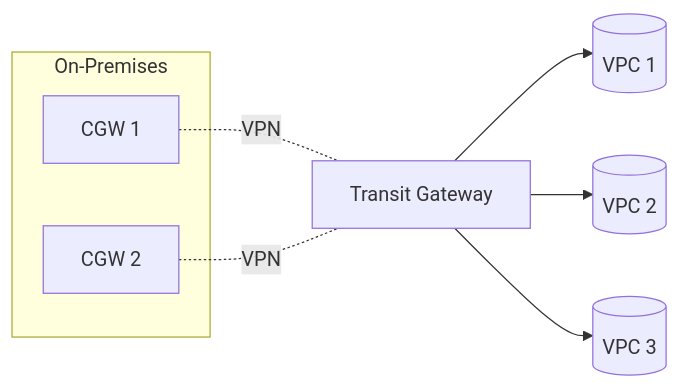
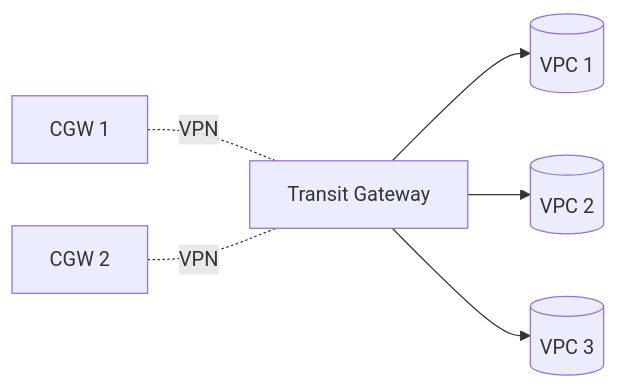
Before and after one commit to vijayclarion/architecturestudy: the sixth of 6 diagrams in AWS-SAP-C02-Study-Notes/02-Networking/05-site-to-site-vpn.md, drawn with Mermaid. The commit also changed other lines of this file and 119 other files, not shown here.

````diff
--- a/AWS-SAP-C02-Study-Notes/02-Networking/05-site-to-site-vpn.md
+++ b/AWS-SAP-C02-Study-Notes/02-Networking/05-site-to-site-vpn.md
@@ -134,14 +255,8 @@
 ```mermaid
 flowchart LR
-    subgraph ONPREM[On-Premises]
-        CGW1[CGW 1]
-        CGW2[CGW 2]
-    end
-    
-    CGW1 -.VPN.- TGW[Transit Gateway]
-    CGW2 -.VPN.- TGW
-    
+    CGW1[CGW 1] -. VPN .- TGW[Transit Gateway]
+    CGW2[CGW 2] -. VPN .- TGW
     TGW --> VPC1[(VPC 1)]
     TGW --> VPC2[(VPC 2)]
     TGW --> VPC3[(VPC 3)]
 ```
````
